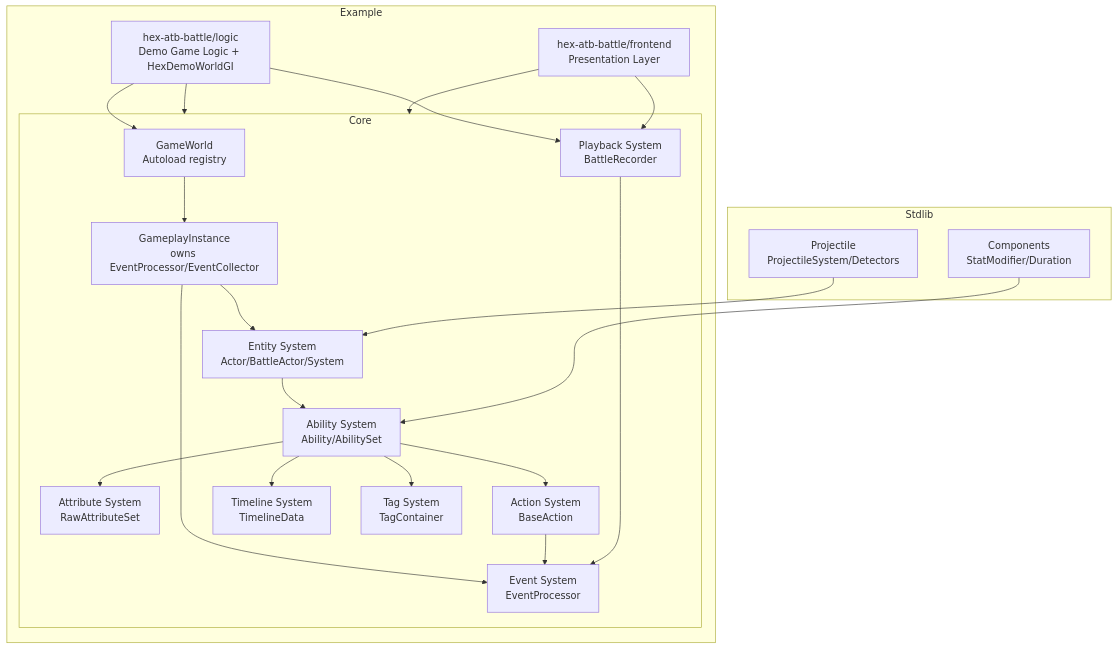
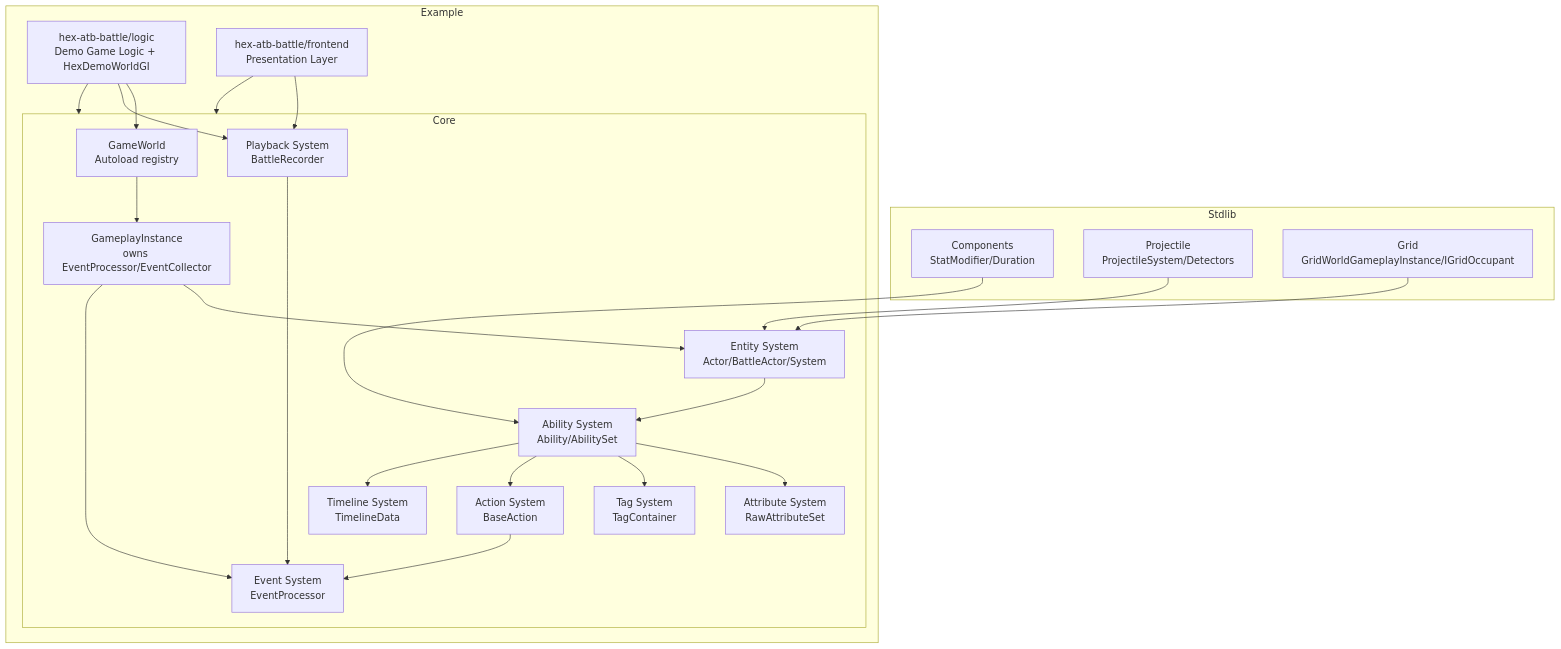
One commit to 15195999826/godot-addons changed the diagram in logic-game-framework/CLAUDE.md. Above: the diagram before and after it, drawn with Mermaid. The commit also changed other lines of this file and 15 other files, not shown here.

````diff
--- a/logic-game-framework/CLAUDE.md
+++ b/logic-game-framework/CLAUDE.md
@@ -11,44 +11,46 @@
 ```mermaid
 graph TB
     subgraph "Core"
         World[GameWorld<br/>Autoload registry]
         Instance[GameplayInstance<br/>owns EventProcessor/EventCollector]
         Entity[Entity System<br/>Actor/BattleActor/System]
         Attributes[Attribute System<br/>RawAttributeSet]
         Abilities[Ability System<br/>Ability/AbilitySet]
         Events[Event System<br/>EventProcessor]
         Actions[Action System<br/>BaseAction]
         Timeline[Timeline System<br/>TimelineData]
         Tags[Tag System<br/>TagContainer]
         Playback[Playback System<br/>BattleRecorder]
     end
 
     subgraph "Stdlib"
         Components[Components<br/>StatModifier/Duration]
         Projectile[Projectile<br/>ProjectileSystem/Detectors]
+        Grid[Grid<br/>GridWorldGameplayInstance/IGridOccupant]
     end
 
     subgraph "Example"
         Core[hex-atb-battle/core<br/>Shared Events + WorldGI base]
         HexDemo[hex-atb-battle/logic<br/>Demo Game Logic + HexDemoWorldGI]
         Frontend[hex-atb-battle/frontend<br/>Presentation Layer]
     end
 
     World --> Instance
     Instance --> Entity
     Instance --> Events
     Entity --> Abilities
     Abilities --> Attributes
     Abilities --> Tags
     Abilities --> Actions
     Abilities --> Timeline
     Actions --> Events
     Components --> Abilities
     Projectile --> Entity
+    Grid --> Entity
     Playback --> Events
     HexDemo --> World
     HexDemo --> Core
     HexDemo --> Playback
     Frontend --> Core
     Frontend --> Playback
 ```
````
